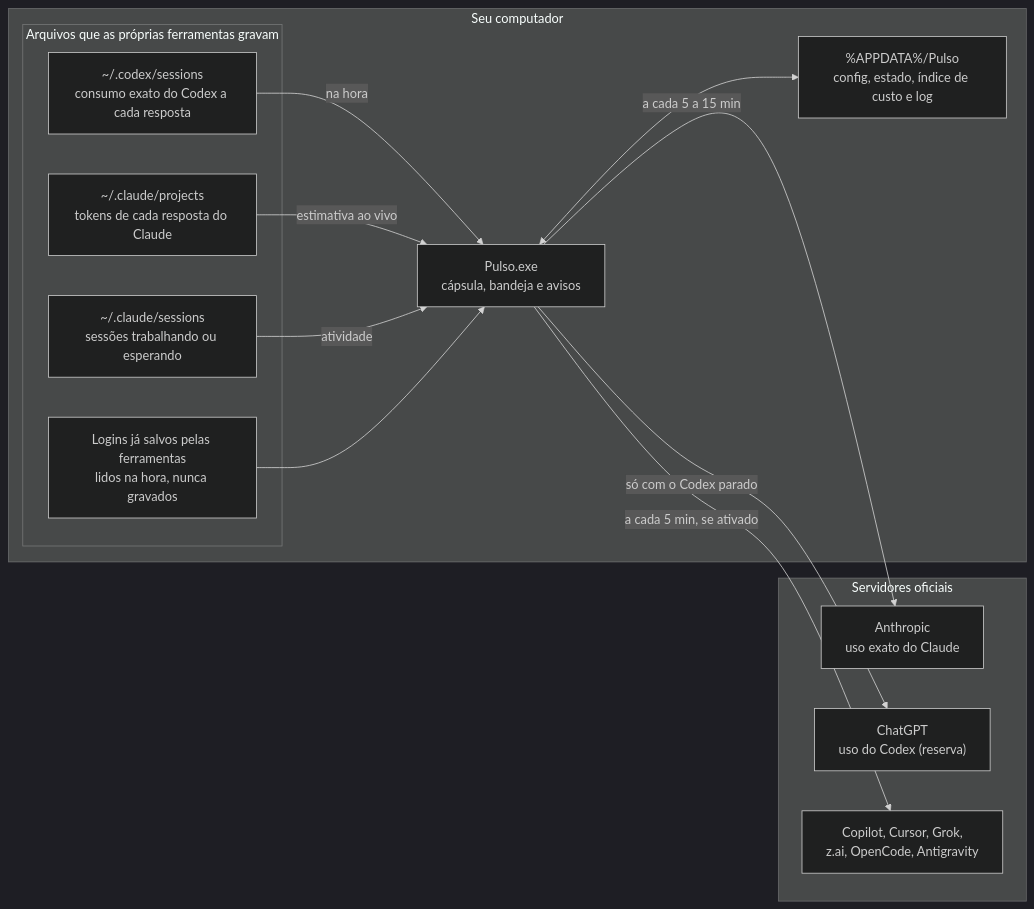
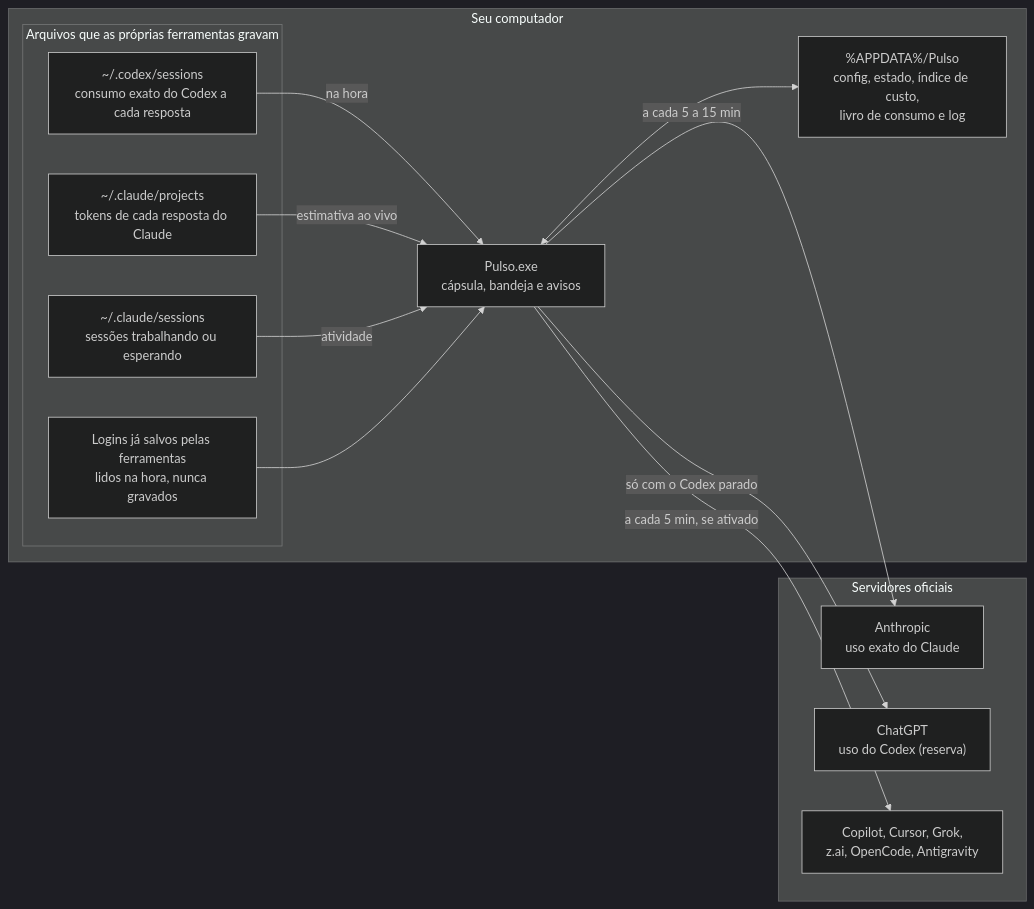
The diagram in README.md (LucasDias777/Pulso), drawn with Mermaid (dark theme) before and after one commit. The commit also changed other lines of this file and 8 other files, not shown here.

````diff
--- a/README.md
+++ b/README.md
@@ -109,28 +110,28 @@
 ```mermaid
 flowchart LR
     subgraph PC["Seu computador"]
         subgraph Locais["Arquivos que as próprias ferramentas gravam"]
             Rollout["~/.codex/sessions<br/>consumo exato do Codex a cada resposta"]
             Transcritos["~/.claude/projects<br/>tokens de cada resposta do Claude"]
             Sessoes["~/.claude/sessions<br/>sessões trabalhando ou esperando"]
             Credenciais["Logins já salvos pelas ferramentas<br/>lidos na hora, nunca gravados"]
         end
         Pulso["Pulso.exe<br/>cápsula, bandeja e avisos"]
-        Dados["%APPDATA%/Pulso<br/>config, estado, índice de custo e log"]
+        Dados["%APPDATA%/Pulso<br/>config, estado, índice de custo,<br/>livro de consumo e log"]
     end
 
     subgraph Servidores["Servidores oficiais"]
         Anthropic["Anthropic<br/>uso exato do Claude"]
         OpenAI["ChatGPT<br/>uso do Codex (reserva)"]
         Outros["Copilot, Cursor, Grok,<br/>z.ai, OpenCode, Antigravity"]
     end
 
     Rollout -->|na hora| Pulso
     Transcritos -->|estimativa ao vivo| Pulso
     Sessoes -->|atividade| Pulso
     Credenciais --> Pulso
     Pulso -->|a cada 5 a 15 min| Anthropic
     Pulso -->|só com o Codex parado| OpenAI
     Pulso -->|a cada 5 min, se ativado| Outros
     Pulso <--> Dados
 ```
````
